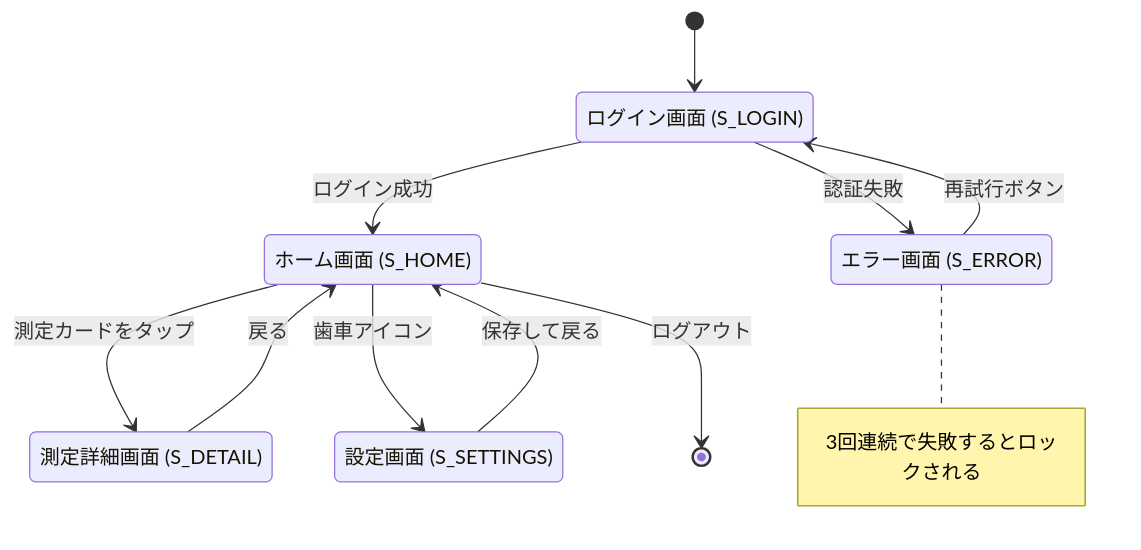
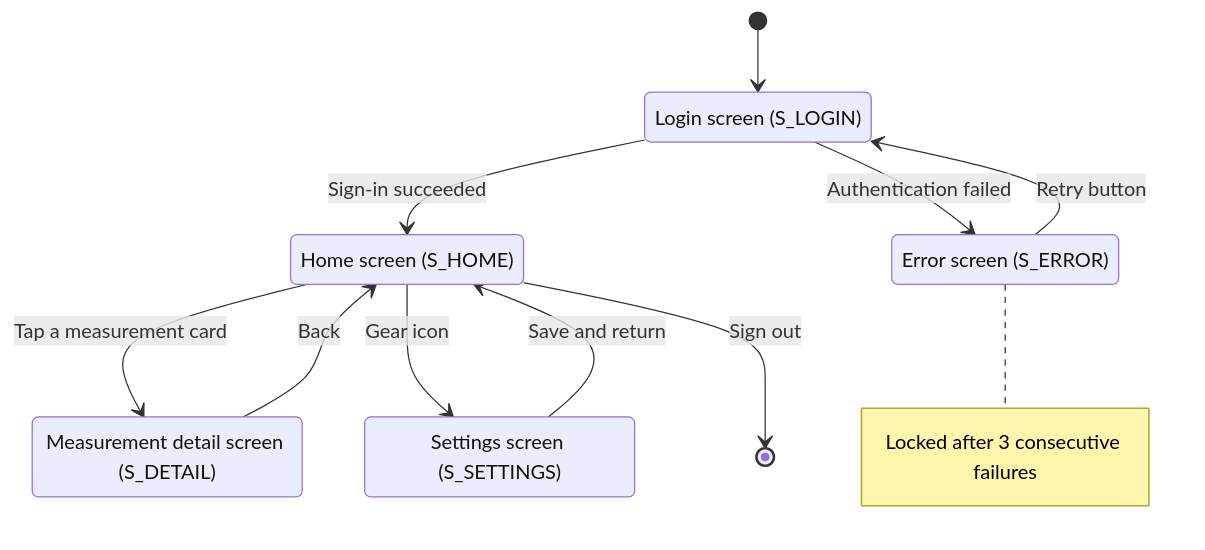
One commit to alphaelements/handoff-mcp changed the third of 4 diagrams in plugin-task-loop/skills/spec-execute/references/diagram-templates.md. Above: the diagram before and after it, drawn with Mermaid. The commit also changed other lines of this file and 17 other files, not shown here.

````diff
--- a/plugin-task-loop/skills/spec-execute/references/diagram-templates.md
+++ b/plugin-task-loop/skills/spec-execute/references/diagram-templates.md
@@ -89,23 +90,23 @@
 ```mermaid
 stateDiagram-v2
   [*] --> S_LOGIN
 
-  state "ログイン画面 (S_LOGIN)" as S_LOGIN
-  state "ホーム画面 (S_HOME)" as S_HOME
-  state "測定詳細画面 (S_DETAIL)" as S_DETAIL
-  state "設定画面 (S_SETTINGS)" as S_SETTINGS
-  state "エラー画面 (S_ERROR)" as S_ERROR
+  state "Login screen (S_LOGIN)" as S_LOGIN
+  state "Home screen (S_HOME)" as S_HOME
+  state "Measurement detail screen (S_DETAIL)" as S_DETAIL
+  state "Settings screen (S_SETTINGS)" as S_SETTINGS
+  state "Error screen (S_ERROR)" as S_ERROR
 
-  S_LOGIN --> S_HOME: ログイン成功
-  S_LOGIN --> S_ERROR: 認証失敗
-  S_ERROR --> S_LOGIN: 再試行ボタン
-  S_HOME --> S_DETAIL: 測定カードをタップ
-  S_DETAIL --> S_HOME: 戻る
-  S_HOME --> S_SETTINGS: 歯車アイコン
-  S_SETTINGS --> S_HOME: 保存して戻る
-  S_HOME --> [*]: ログアウト
+  S_LOGIN --> S_HOME: Sign-in succeeded
+  S_LOGIN --> S_ERROR: Authentication failed
+  S_ERROR --> S_LOGIN: Retry button
+  S_HOME --> S_DETAIL: Tap a measurement card
+  S_DETAIL --> S_HOME: Back
+  S_HOME --> S_SETTINGS: Gear icon
+  S_SETTINGS --> S_HOME: Save and return
+  S_HOME --> [*]: Sign out
 
   note right of S_ERROR
-    3回連続で失敗するとロックされる
+    Locked after 3 consecutive failures
   end note
 ```
````
